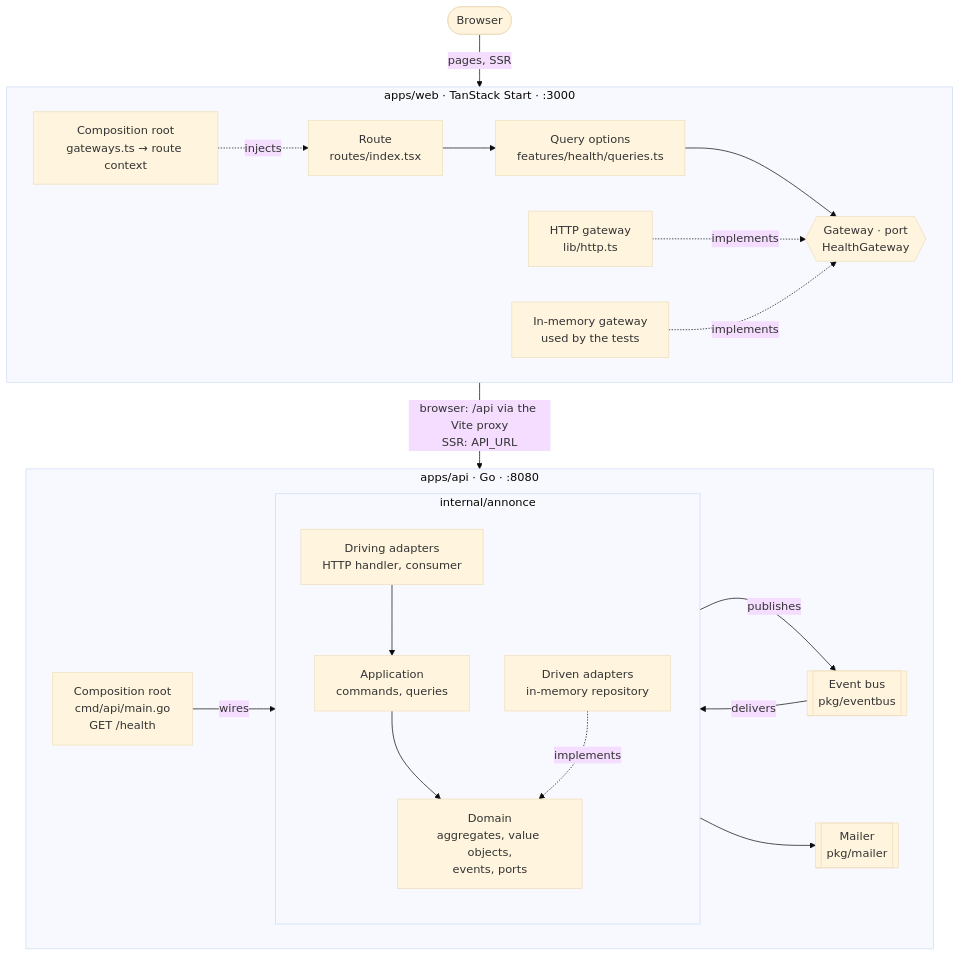
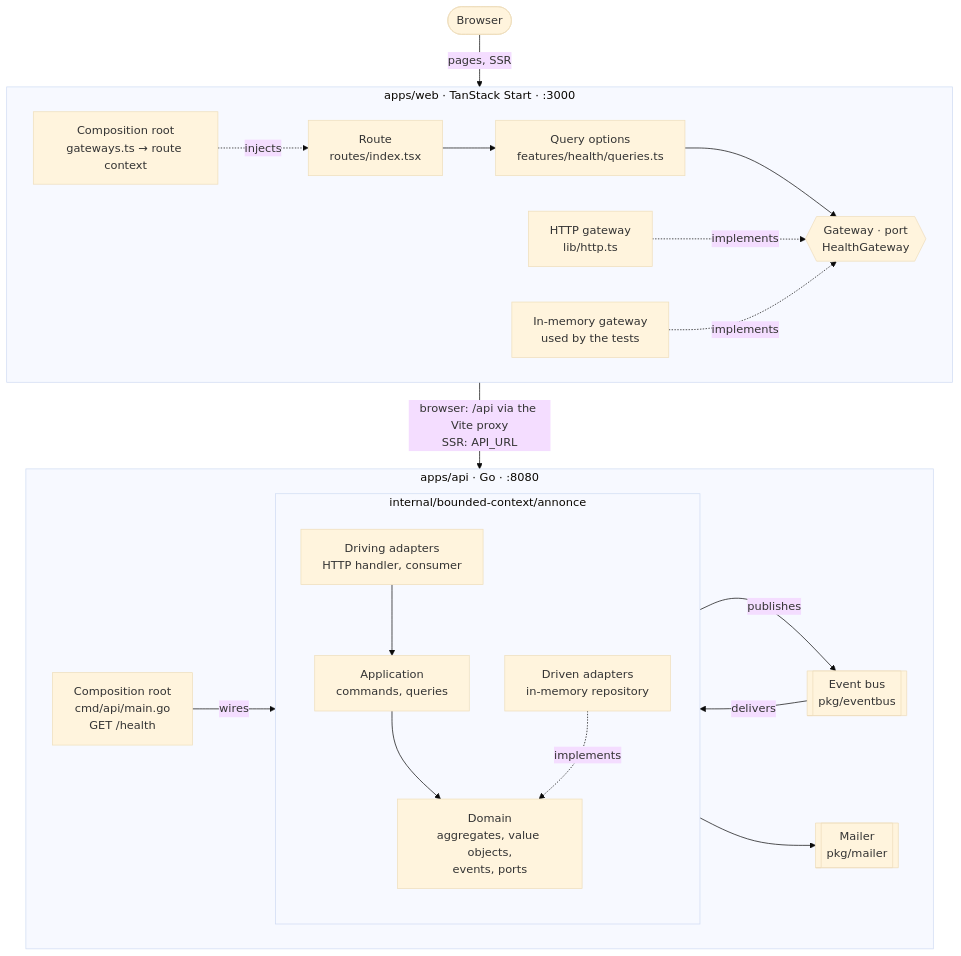
One commit to NextLevel-run/DDD-lbc-11-2026 changed the diagram in README.md. Above: the diagram before and after it, drawn with Mermaid (base theme). The commit also changed other lines of this file and 161 other files, not shown here.

First line of the commit message:
refactor: share events between annonce and moderation through internal/contracts

````diff
--- a/README.md
+++ b/README.md
@@ -67,41 +67,41 @@
 ```mermaid
 flowchart TB
   browser(["Browser"])
 
   subgraph web["apps/web · TanStack Start · :3000"]
     direction LR
     webroot["Composition root<br/>gateways.ts → route context"]
     route["Route<br/>routes/index.tsx"]
     query["Query options<br/>features/health/queries.ts"]
     gateway{{"Gateway · port<br/>HealthGateway"}}
     httpgw["HTTP gateway<br/>lib/http.ts"]
     memgw["In-memory gateway<br/>used by the tests"]
     webroot -. injects .-> route
     route --> query --> gateway
     httpgw -. implements .-> gateway
     memgw -. implements .-> gateway
   end
 
   subgraph api["apps/api · Go · :8080"]
     direction LR
     apiroot["Composition root<br/>cmd/api/main.go<br/>GET /health"]
-    subgraph bc["internal/annonce"]
+    subgraph bc["internal/bounded-context/annonce"]
       direction TB
       driving["Driving adapters<br/>HTTP handler, consumer"]
       app["Application<br/>commands, queries"]
       domain["Domain<br/>aggregates, value objects,<br/>events, ports"]
       driven["Driven adapters<br/>in-memory repository"]
       driving --> app --> domain
       driven -. implements .-> domain
     end
     bus[["Event bus<br/>pkg/eventbus"]]
     mailer[["Mailer<br/>pkg/mailer"]]
     apiroot -- wires --> driving
     app -- publishes --> bus
     bus -- delivers --> driving
     app --> mailer
   end
 
   browser -- "pages, SSR" --> route
   httpgw -- "browser: /api via the Vite proxy<br/>SSR: API_URL" --> apiroot
 ```
````
